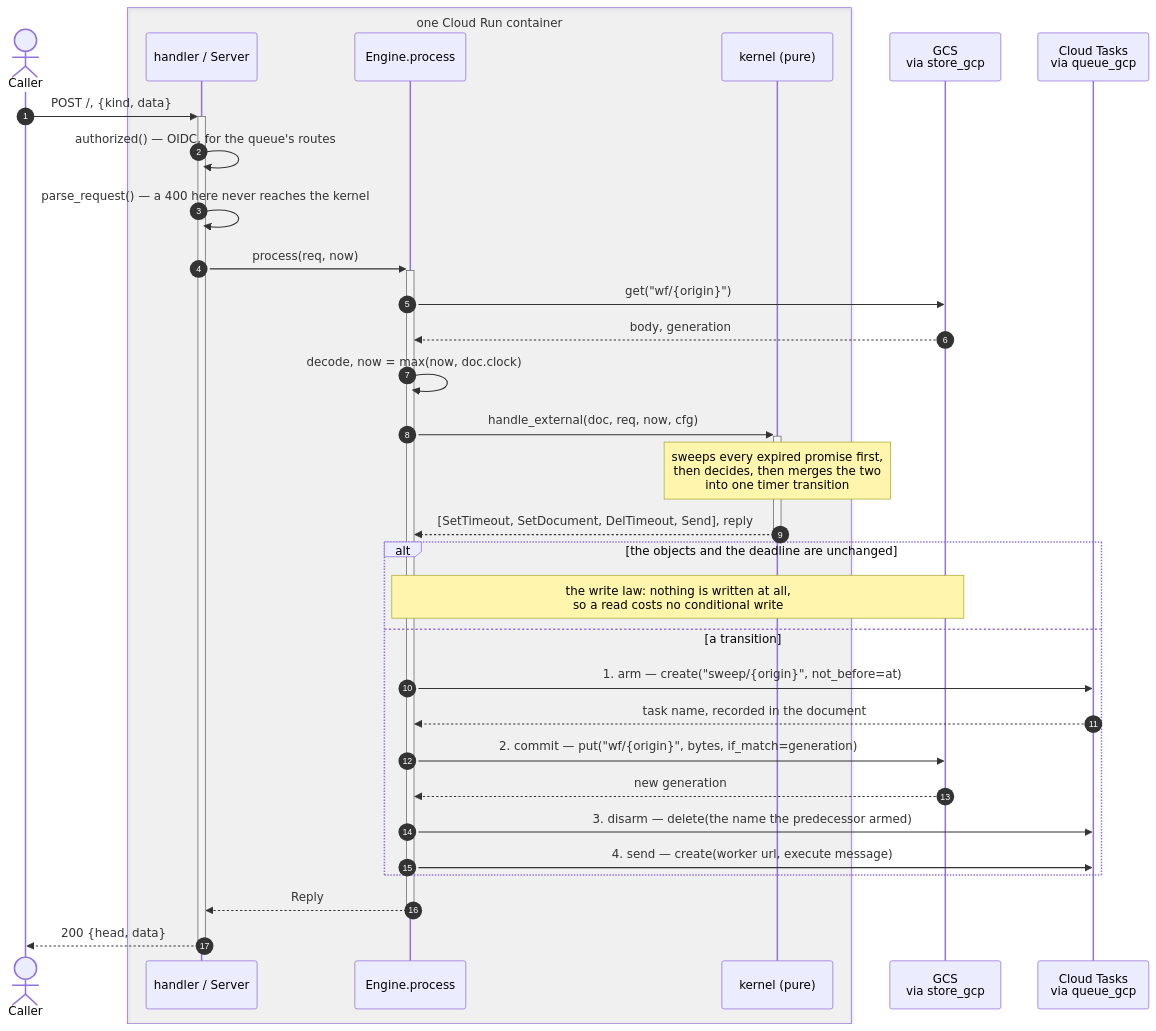
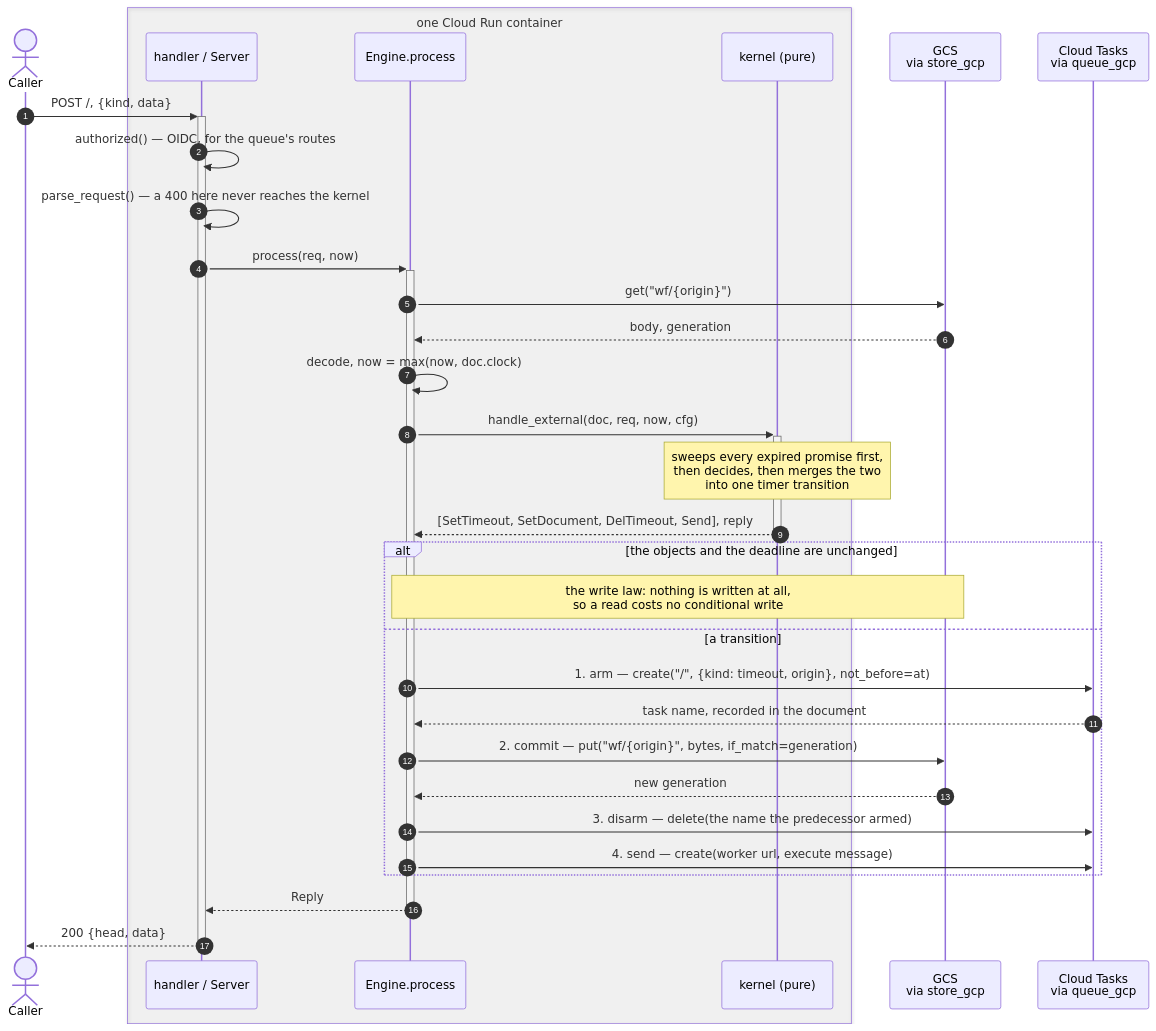
One commit to resonatehq/durable-execution changed the second of 6 diagrams in code/final/SEQUENCE.md. Above: the diagram before and after it, drawn with Mermaid. The commit also changed other lines of this file and 27 other files, not shown here.

````diff
--- a/code/final/SEQUENCE.md
+++ b/code/final/SEQUENCE.md
@@ -78,39 +78,39 @@
 ```mermaid
 sequenceDiagram
     autonumber
     actor C as Caller
     box rgba(128,128,128,0.08) one Cloud Run container
         participant H as handler / Server
         participant E as Engine.process
         participant K as kernel (pure)
     end
     participant S as GCS<br/>via store_gcp
     participant T as Cloud Tasks<br/>via queue_gcp
 
     C->>+H: POST /, {kind, data}
     H->>H: authorized() — OIDC, for the queue's routes
     H->>H: parse_request() — a 400 here never reaches the kernel
     H->>+E: process(req, now)
 
     E->>S: get("wf/{origin}")
     S-->>E: body, generation
     E->>E: decode, now = max(now, doc.clock)
 
     E->>+K: handle_external(doc, req, now, cfg)
     Note over K: sweeps every expired promise first,<br/>then decides, then merges the two<br/>into one timer transition
     K-->>-E: [SetTimeout, SetDocument, DelTimeout, Send], reply
 
     alt the objects and the deadline are unchanged
         Note over E,S: the write law: nothing is written at all,<br/>so a read costs no conditional write
     else a transition
-        E->>T: 1. arm — create("sweep/{origin}", not_before=at)
+        E->>T: 1. arm — create("/", {kind: timeout, origin}, not_before=at)
         T-->>E: task name, recorded in the document
         E->>S: 2. commit — put("wf/{origin}", bytes, if_match=generation)
         S-->>E: new generation
         E->>T: 3. disarm — delete(the name the predecessor armed)
         E->>T: 4. send — create(worker url, execute message)
     end
 
     E-->>-H: Reply
     H-->>-C: 200 {head, data}
 ```
````
